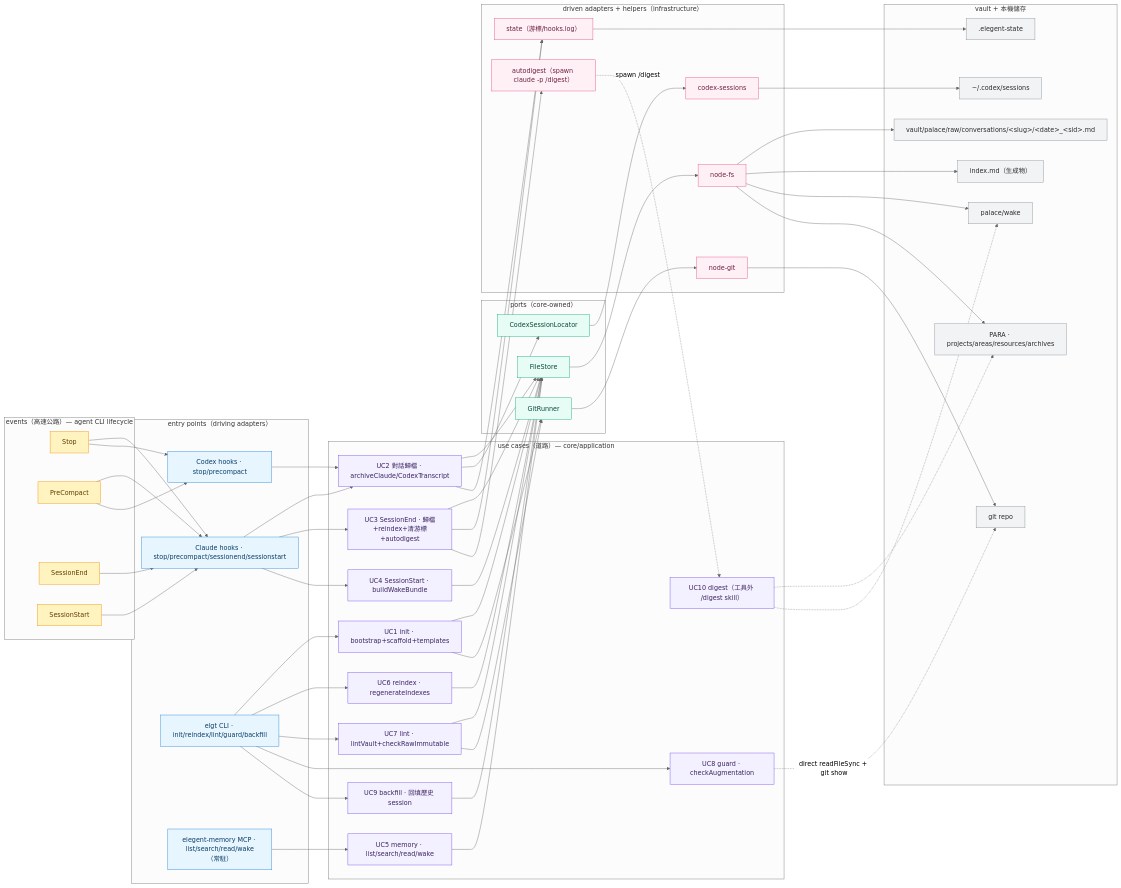
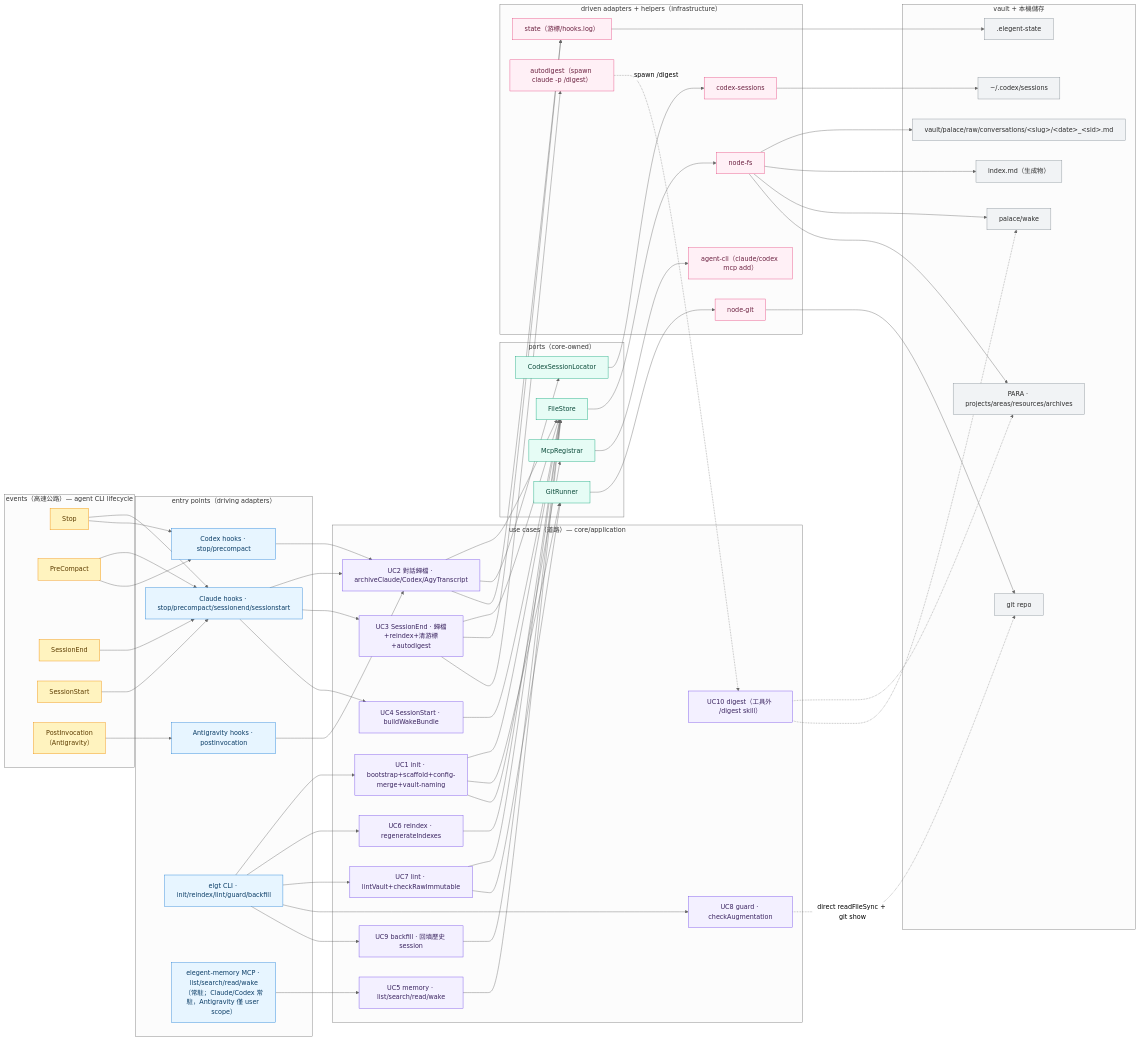
The diagram in docs/architecture/application-map.md (neokn/elegent), drawn with Mermaid (neutral theme) before and after one commit. The commit also changed other lines of this file and 24 other files, not shown here.

First line of the commit message:
fix(init): 修正 hooks/MCP/多 vault 查詢的正確性問題，同步文件

````diff
--- a/docs/architecture/application-map.md
+++ b/docs/architecture/application-map.md
@@ -12,18 +12,20 @@
         E_pre["PreCompact"]
         E_end["SessionEnd"]
         E_start["SessionStart"]
+        E_post["PostInvocation<br/>（Antigravity）"]
     end
 
     subgraph EP["entry points（driving adapters）"]
         EP_ch["Claude hooks · stop/precompact/sessionend/sessionstart"]
         EP_cx["Codex hooks · stop/precompact"]
+        EP_ag["Antigravity hooks · postinvocation"]
         EP_cli["elgt CLI · init/reindex/lint/guard/backfill"]
-        EP_mcp["elegent-memory MCP · list/search/read/wake（常駐）"]
+        EP_mcp["elegent-memory MCP · list/search/read/wake（常駐；Claude/Codex 常駐，Antigravity 僅 user scope）"]
     end
 
     subgraph UC["use cases（道路）— core/application"]
-        UC1["UC1 init · bootstrap+scaffold+templates"]
-        UC2["UC2 對話歸檔 · archiveClaude/CodexTranscript"]
+        UC1["UC1 init · bootstrap+scaffold+config-merge+vault-naming"]
+        UC2["UC2 對話歸檔 · archiveClaude/Codex/AgyTranscript"]
         UC3["UC3 SessionEnd · 歸檔+reindex+清游標+autodigest"]
         UC4["UC4 SessionStart · buildWakeBundle"]
         UC5["UC5 memory · list/search/read/wake"]
@@ -38,12 +40,14 @@
         PT_fs["FileStore"]
         PT_git["GitRunner"]
         PT_loc["CodexSessionLocator"]
+        PT_mcp["McpRegistrar"]
     end
 
     subgraph AD["driven adapters + helpers（infrastructure）"]
         AD_fs["node-fs"]
         AD_git["node-git"]
         AD_cx["codex-sessions"]
+        AD_cli["agent-cli（claude/codex mcp add）"]
         AD_st["state（游標/hooks.log）"]
         AD_dg["autodigest（spawn claude -p /digest）"]
     end
@@ -64,6 +68,7 @@
     E_pre --> EP_cx
     E_end --> EP_ch
     E_start --> EP_ch
+    E_post --> EP_ag
 
     EP_cli --> UC1
     EP_cli --> UC6
@@ -74,10 +79,12 @@
     EP_ch --> UC3
     EP_ch --> UC4
     EP_cx --> UC2
+    EP_ag --> UC2
     EP_mcp --> UC5
 
     UC1 --> PT_fs
     UC1 --> PT_git
+    UC1 --> PT_mcp
     UC2 --> PT_fs
     UC2 --> PT_loc
     UC3 --> PT_fs
@@ -95,6 +102,7 @@
     PT_fs --> AD_fs
     PT_git --> AD_git
     PT_loc --> AD_cx
+    PT_mcp --> AD_cli
 
     AD_fs --> V_raw
     AD_fs --> V_idx
@@ -116,10 +124,10 @@
     classDef adapter fill:#fff0f6,stroke:#e64980,color:#6b2140;
     classDef store fill:#f1f3f5,stroke:#868e96,color:#2b2b2b;
 
-    class E_stop,E_pre,E_end,E_start event;
-    class EP_ch,EP_cx,EP_cli,EP_mcp entry;
+    class E_stop,E_pre,E_end,E_start,E_post event;
+    class EP_ch,EP_cx,EP_ag,EP_cli,EP_mcp entry;
     class UC1,UC2,UC3,UC4,UC5,UC6,UC7,UC8,UC9,UC10 uc;
-    class PT_fs,PT_git,PT_loc port;
-    class AD_fs,AD_git,AD_cx,AD_st,AD_dg adapter;
+    class PT_fs,PT_git,PT_loc,PT_mcp port;
+    class AD_fs,AD_git,AD_cx,AD_cli,AD_st,AD_dg adapter;
     class V_raw,V_idx,V_wake,V_para,S_cx,S_state,G_repo store;
 ```
````
